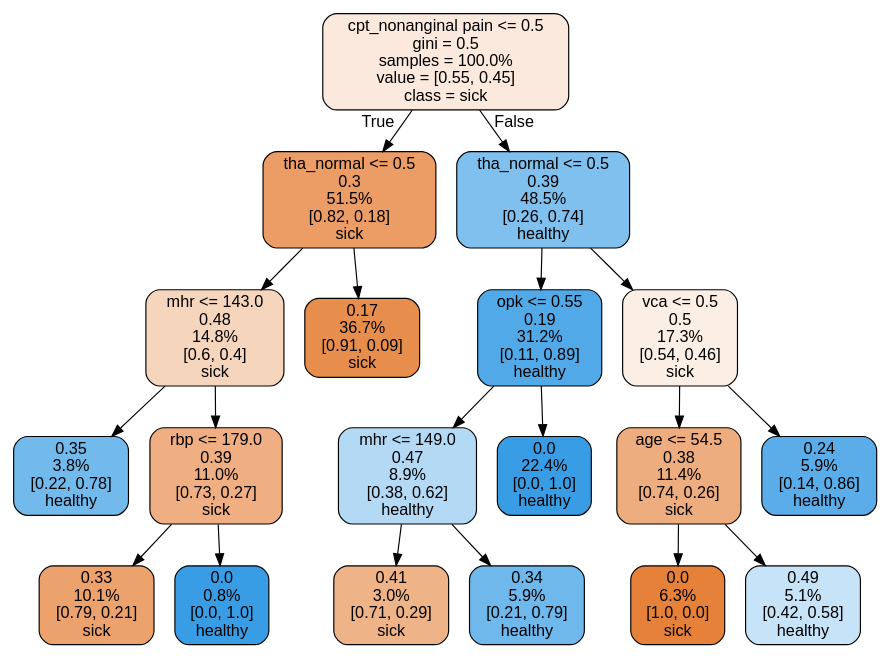
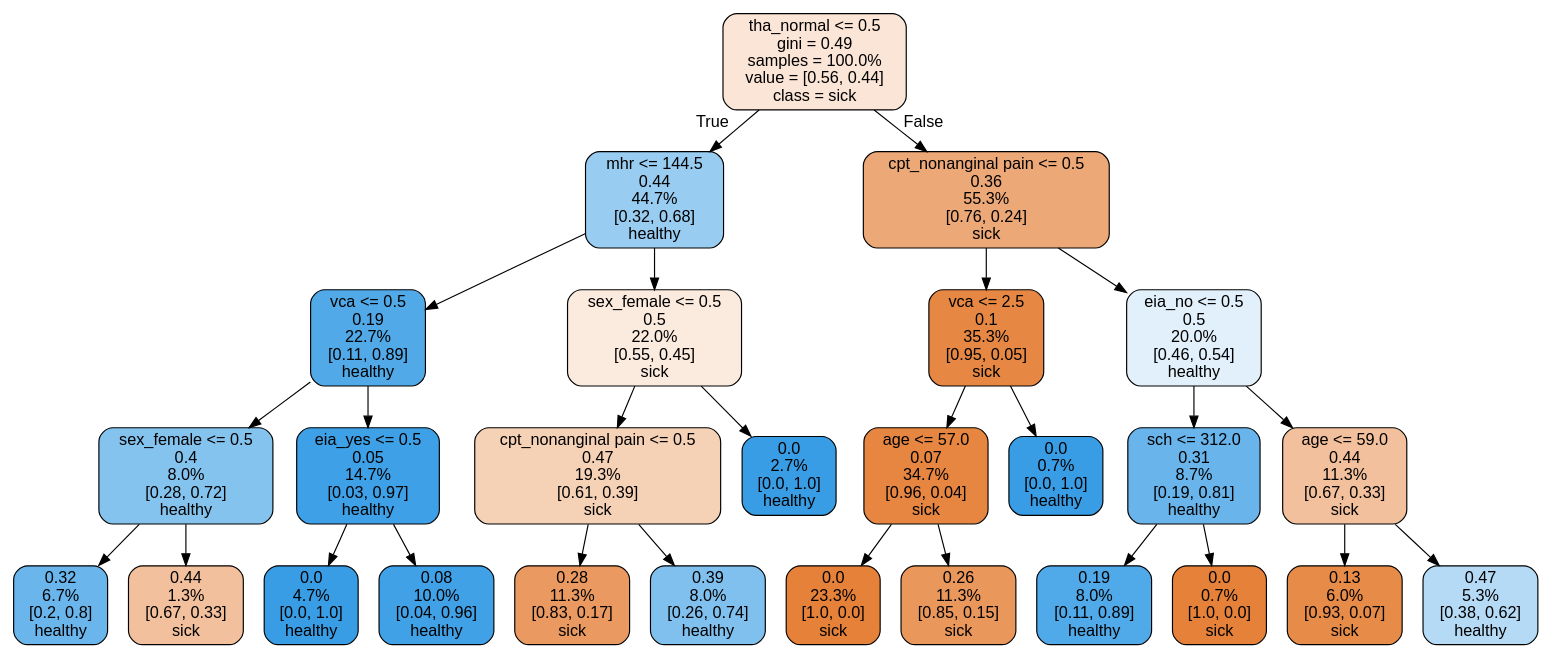
One commit to ma6068/SU changed the diagram in dot/decision_tree.dot. Above: the diagram before and after it, drawn with Graphviz. The commit also changed 4 other files, not shown here.

```diff
--- a/dot/decision_tree.dot
+++ b/dot/decision_tree.dot
@@ -1,41 +1,57 @@
 digraph Tree {
 node [shape=box, style="filled, rounded", color="black", fontname="helvetica"] ;
 edge [fontname="helvetica"] ;
-0 [label="cpt_nonanginal pain <= 0.5\ngini = 0.5\nsamples = 100.0%\nvalue = [0.55, 0.45]\nclass = sick", fillcolor="#fae9dc"] ;
-1 [label="tha_normal <= 0.5\n0.3\n51.5%\n[0.82, 0.18]\nsick", fillcolor="#eb9d65"] ;
+0 [label="tha_normal <= 0.5\ngini = 0.49\nsamples = 100.0%\nvalue = [0.56, 0.44]\nclass = sick", fillcolor="#fae5d7"] ;
+1 [label="mhr <= 144.5\n0.44\n44.7%\n[0.32, 0.68]\nhealthy", fillcolor="#98ccf1"] ;
 0 -> 1 [labeldistance=2.5, labelangle=45, headlabel="True"] ;
-7 [label="mhr <= 143.0\n0.48\n14.8%\n[0.6, 0.4]\nsick", fillcolor="#f6d5bd"] ;
-1 -> 7 ;
-13 [label="0.35\n3.8%\n[0.22, 0.78]\nhealthy", fillcolor="#72b9ec"] ;
-7 -> 13 ;
-14 [label="rbp <= 179.0\n0.39\n11.0%\n[0.73, 0.27]\nsick", fillcolor="#efaf82"] ;
-7 -> 14 ;
-17 [label="0.33\n10.1%\n[0.79, 0.21]\nsick", fillcolor="#eca26d"] ;
-14 -> 17 ;
-18 [label="0.0\n0.8%\n[0.0, 1.0]\nhealthy", fillcolor="#399de5"] ;
-14 -> 18 ;
-8 [label="0.17\n36.7%\n[0.91, 0.09]\nsick", fillcolor="#e88e4d"] ;
-1 -> 8 ;
-2 [label="tha_normal <= 0.5\n0.39\n48.5%\n[0.26, 0.74]\nhealthy", fillcolor="#7fc0ee"] ;
-0 -> 2 [labeldistance=2.5, labelangle=-45, headlabel="False"] ;
-3 [label="opk <= 0.55\n0.19\n31.2%\n[0.11, 0.89]\nhealthy", fillcolor="#51a9e8"] ;
+2 [label="vca <= 0.5\n0.19\n22.7%\n[0.11, 0.89]\nhealthy", fillcolor="#51a9e8"] ;
+1 -> 2 ;
+3 [label="sex_female <= 0.5\n0.4\n8.0%\n[0.28, 0.72]\nhealthy", fillcolor="#85c3ef"] ;
 2 -> 3 ;
-11 [label="mhr <= 149.0\n0.47\n8.9%\n[0.38, 0.62]\nhealthy", fillcolor="#b3d9f5"] ;
-3 -> 11 ;
-15 [label="0.41\n3.0%\n[0.71, 0.29]\nsick", fillcolor="#efb388"] ;
-11 -> 15 ;
-16 [label="0.34\n5.9%\n[0.21, 0.79]\nhealthy", fillcolor="#6fb8ec"] ;
-11 -> 16 ;
-12 [label="0.0\n22.4%\n[0.0, 1.0]\nhealthy", fillcolor="#399de5"] ;
-3 -> 12 ;
-4 [label="vca <= 0.5\n0.5\n17.3%\n[0.54, 0.46]\nsick", fillcolor="#fbeee4"] ;
-2 -> 4 ;
-5 [label="age <= 54.5\n0.38\n11.4%\n[0.74, 0.26]\nsick", fillcolor="#eead7e"] ;
-4 -> 5 ;
-9 [label="0.0\n6.3%\n[1.0, 0.0]\nsick", fillcolor="#e58139"] ;
-5 -> 9 ;
-10 [label="0.49\n5.1%\n[0.42, 0.58]\nhealthy", fillcolor="#c6e3f8"] ;
-5 -> 10 ;
-6 [label="0.24\n5.9%\n[0.14, 0.86]\nhealthy", fillcolor="#5aade9"] ;
-4 -> 6 ;
+4 [label="0.32\n6.7%\n[0.2, 0.8]\nhealthy", fillcolor="#6ab6ec"] ;
+3 -> 4 ;
+5 [label="0.44\n1.3%\n[0.67, 0.33]\nsick", fillcolor="#f2c09c"] ;
+3 -> 5 ;
+6 [label="eia_yes <= 0.5\n0.05\n14.7%\n[0.03, 0.97]\nhealthy", fillcolor="#3ea0e6"] ;
+2 -> 6 ;
+7 [label="0.0\n4.7%\n[0.0, 1.0]\nhealthy", fillcolor="#399de5"] ;
+6 -> 7 ;
+8 [label="0.08\n10.0%\n[0.04, 0.96]\nhealthy", fillcolor="#41a1e6"] ;
+6 -> 8 ;
+9 [label="sex_female <= 0.5\n0.5\n22.0%\n[0.55, 0.45]\nsick", fillcolor="#fbeade"] ;
+1 -> 9 ;
+10 [label="cpt_nonanginal pain <= 0.5\n0.47\n19.3%\n[0.61, 0.39]\nsick", fillcolor="#f5d1b6"] ;
+9 -> 10 ;
+11 [label="0.28\n11.3%\n[0.83, 0.17]\nsick", fillcolor="#ea9a61"] ;
+10 -> 11 ;
+12 [label="0.39\n8.0%\n[0.26, 0.74]\nhealthy", fillcolor="#80c0ee"] ;
+10 -> 12 ;
+13 [label="0.0\n2.7%\n[0.0, 1.0]\nhealthy", fillcolor="#399de5"] ;
+9 -> 13 ;
+14 [label="cpt_nonanginal pain <= 0.5\n0.36\n55.3%\n[0.76, 0.24]\nsick", fillcolor="#eda877"] ;
+0 -> 14 [labeldistance=2.5, labelangle=-45, headlabel="False"] ;
+15 [label="vca <= 2.5\n0.1\n35.3%\n[0.95, 0.05]\nsick", fillcolor="#e68844"] ;
+14 -> 15 ;
+16 [label="age <= 57.0\n0.07\n34.7%\n[0.96, 0.04]\nsick", fillcolor="#e68641"] ;
+15 -> 16 ;
+17 [label="0.0\n23.3%\n[1.0, 0.0]\nsick", fillcolor="#e58139"] ;
+16 -> 17 ;
+18 [label="0.26\n11.3%\n[0.85, 0.15]\nsick", fillcolor="#ea975c"] ;
+16 -> 18 ;
+19 [label="0.0\n0.7%\n[0.0, 1.0]\nhealthy", fillcolor="#399de5"] ;
+15 -> 19 ;
+20 [label="eia_no <= 0.5\n0.5\n20.0%\n[0.46, 0.54]\nhealthy", fillcolor="#e1f0fb"] ;
+14 -> 20 ;
+21 [label="sch <= 312.0\n0.31\n8.7%\n[0.19, 0.81]\nhealthy", fillcolor="#68b4eb"] ;
+20 -> 21 ;
+22 [label="0.19\n8.0%\n[0.11, 0.89]\nhealthy", fillcolor="#50a9e8"] ;
+21 -> 22 ;
+23 [label="0.0\n0.7%\n[1.0, 0.0]\nsick", fillcolor="#e58139"] ;
+21 -> 23 ;
+24 [label="age <= 59.0\n0.44\n11.3%\n[0.67, 0.33]\nsick", fillcolor="#f2c09c"] ;
+20 -> 24 ;
+25 [label="0.13\n6.0%\n[0.93, 0.07]\nsick", fillcolor="#e78b48"] ;
+24 -> 25 ;
+26 [label="0.47\n5.3%\n[0.38, 0.62]\nhealthy", fillcolor="#b5daf5"] ;
+24 -> 26 ;
 }
```
